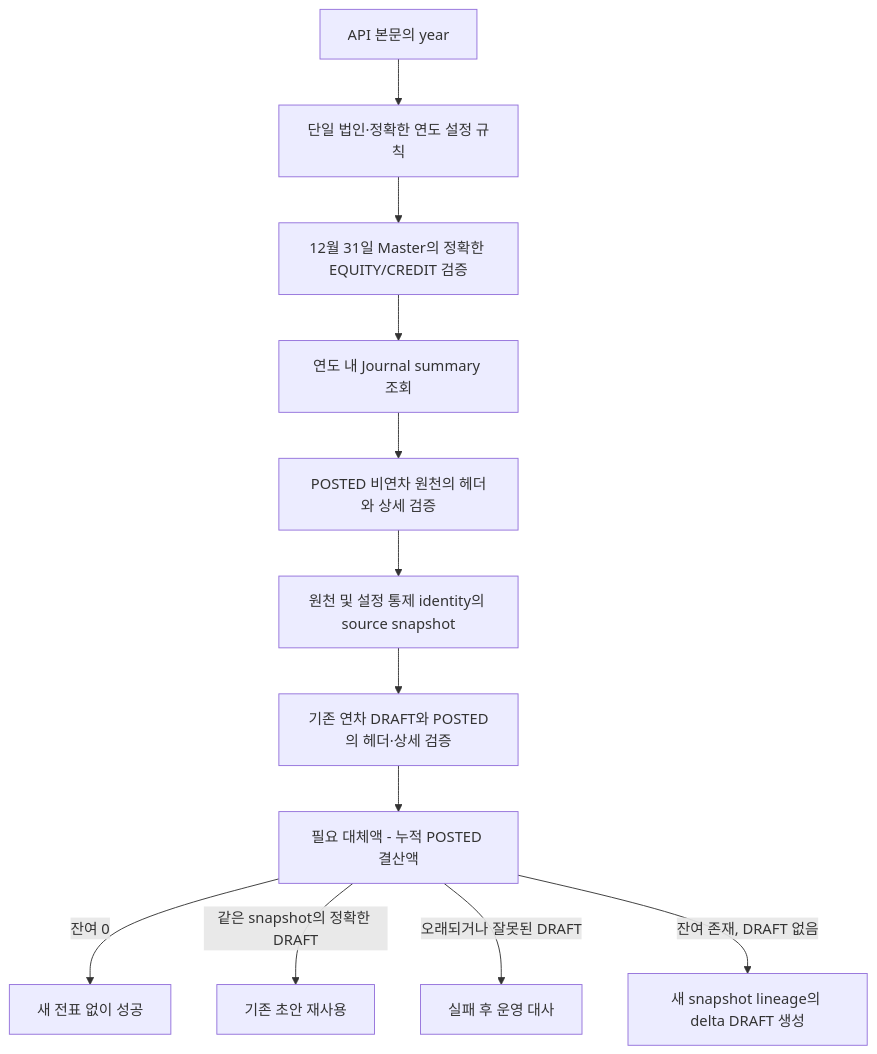
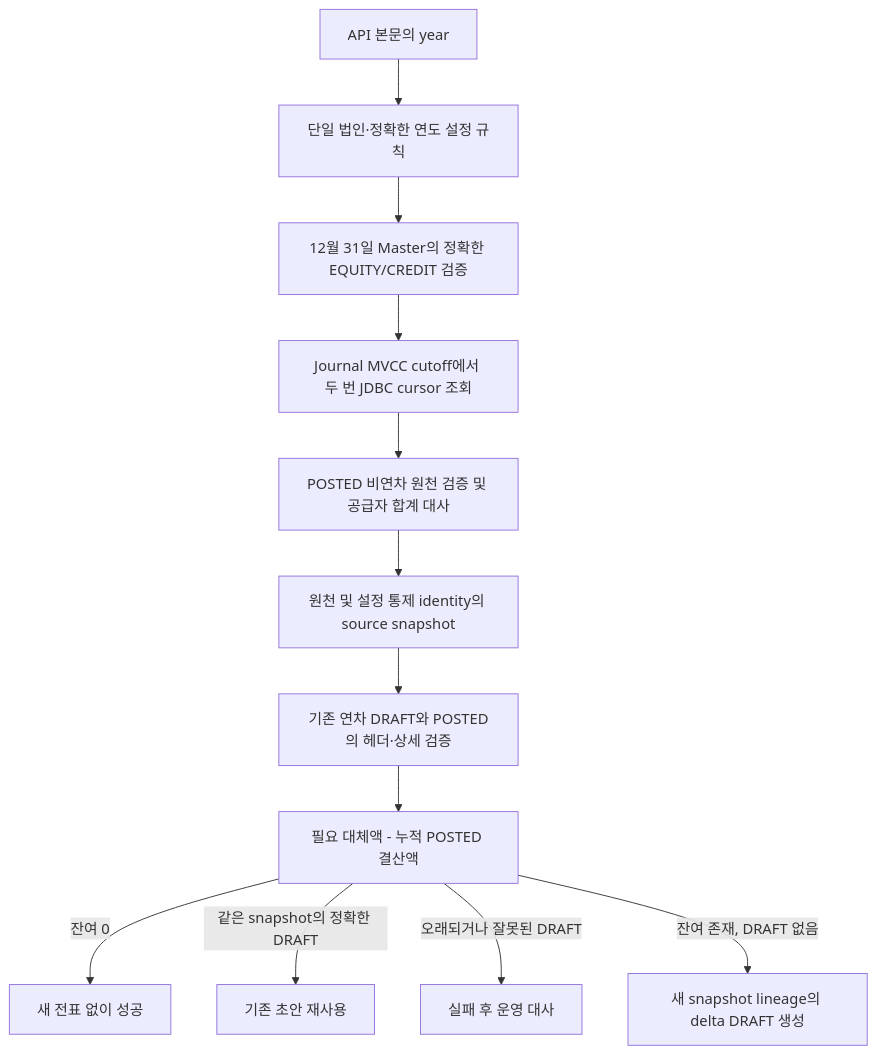
One commit to skyg547/account changed the seventh of 7 diagrams in closing/docs/process-flow.md. Above: the diagram before and after it, drawn with Mermaid. The commit also changed other lines of this file and 21 other files, not shown here.

````diff
--- a/closing/docs/process-flow.md
+++ b/closing/docs/process-flow.md
@@ -537,14 +537,14 @@
 ```mermaid
 flowchart TD
     A[API 본문의 year] --> B[단일 법인·정확한 연도 설정 규칙]
     B --> C[12월 31일 Master의 정확한 EQUITY/CREDIT 검증]
-    C --> D[연도 내 Journal summary 조회]
-    D --> E[POSTED 비연차 원천의 헤더와 상세 검증]
+    C --> D[Journal MVCC cutoff에서 두 번 JDBC cursor 조회]
+    D --> E[POSTED 비연차 원천 검증 및 공급자 합계 대사]
     E --> F[원천 및 설정 통제 identity의 source snapshot]
     F --> G[기존 연차 DRAFT와 POSTED의 헤더·상세 검증]
     G --> H[필요 대체액 - 누적 POSTED 결산액]
     H -->|잔여 0| I[새 전표 없이 성공]
     H -->|같은 snapshot의 정확한 DRAFT| J[기존 초안 재사용]
     H -->|오래되거나 잘못된 DRAFT| K[실패 후 운영 대사]
     H -->|잔여 존재, DRAFT 없음| L[새 snapshot lineage의 delta DRAFT 생성]
 ```
````
